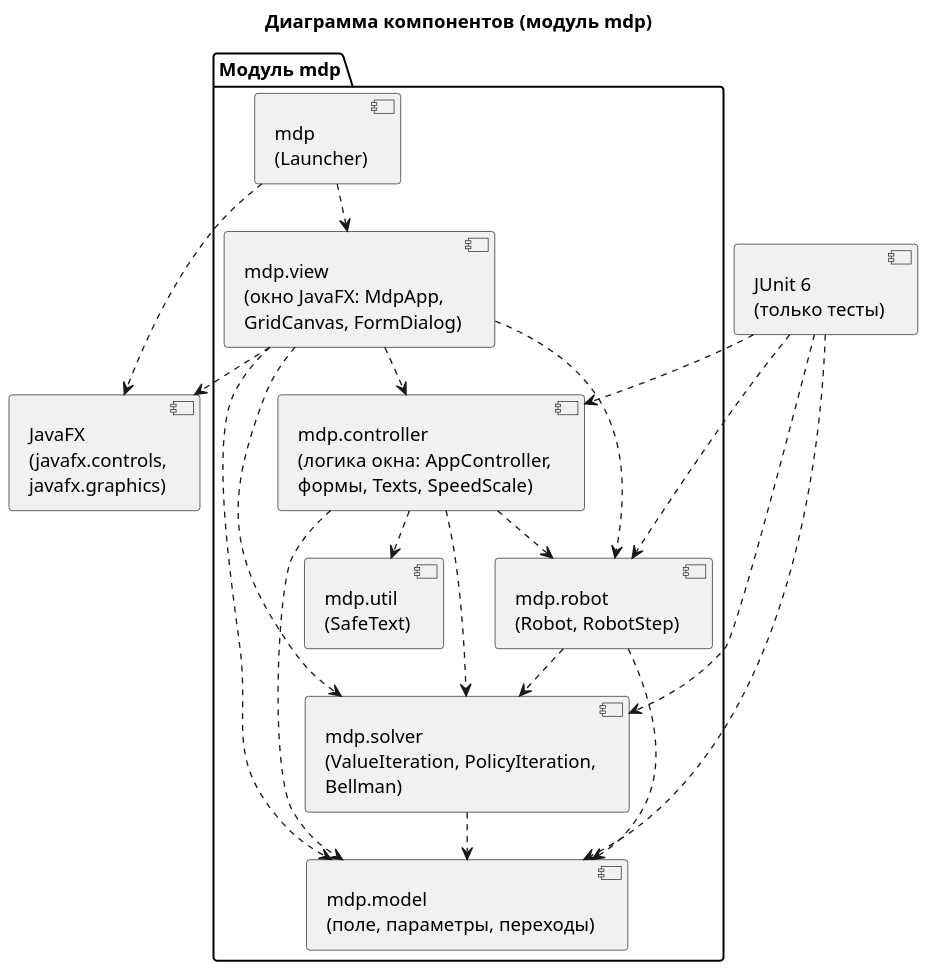
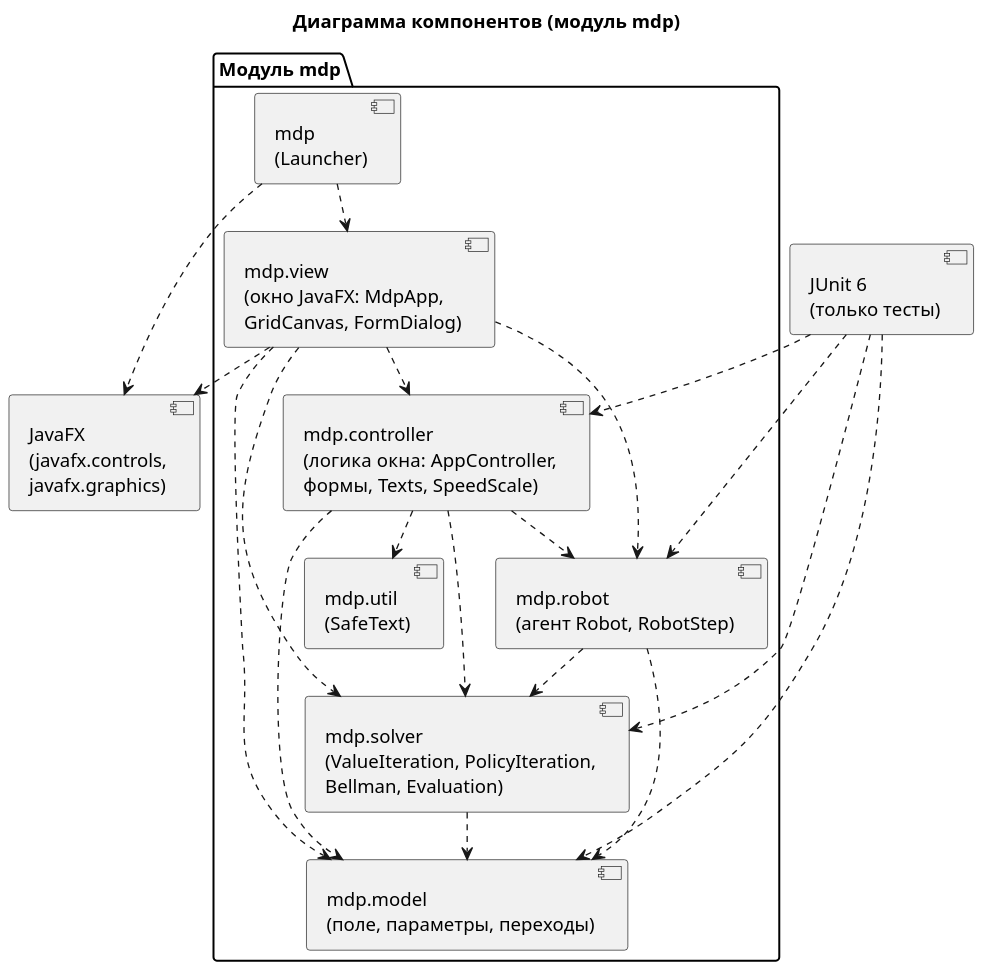
The diagram in docs/uml/component.puml (azamnz/stochastic-grid), drawn with PlantUML before and after one commit. The commit also changed 18 other files, not shown here.

```diff
--- a/docs/uml/component.puml
+++ b/docs/uml/component.puml
@@ -1,39 +1,39 @@
 @startuml component
 !pragma layout smetana
 skinparam dpi 150
 skinparam defaultFontName Arial
 skinparam shadowing false
 title Диаграмма компонентов (модуль mdp)
 
 package "Модуль mdp" {
   component "mdp\n(Launcher)" as launcher
   component "mdp.view\n(окно JavaFX: MdpApp,\nGridCanvas, FormDialog)" as view
   component "mdp.controller\n(логика окна: AppController,\nформы, Texts, SpeedScale)" as controller
-  component "mdp.robot\n(Robot, RobotStep)" as robot
-  component "mdp.solver\n(ValueIteration, PolicyIteration,\nBellman)" as solver
+  component "mdp.robot\n(агент Robot, RobotStep)" as robot
+  component "mdp.solver\n(ValueIteration, PolicyIteration,\nBellman, Evaluation)" as solver
   component "mdp.model\n(поле, параметры, переходы)" as model
   component "mdp.util\n(SafeText)" as util
 }
 
 component "JavaFX\n(javafx.controls,\njavafx.graphics)" as javafx
 component "JUnit 6\n(только тесты)" as junit
 
 launcher ..> view
 launcher ..> javafx
 view ..> controller
 view ..> robot
 view ..> solver
 view ..> model
 view ..> javafx
 controller ..> robot
 controller ..> solver
 controller ..> model
 controller ..> util
 robot ..> solver
 robot ..> model
 solver ..> model
 junit ..> model
 junit ..> solver
 junit ..> robot
 junit ..> controller
 @enduml
```
